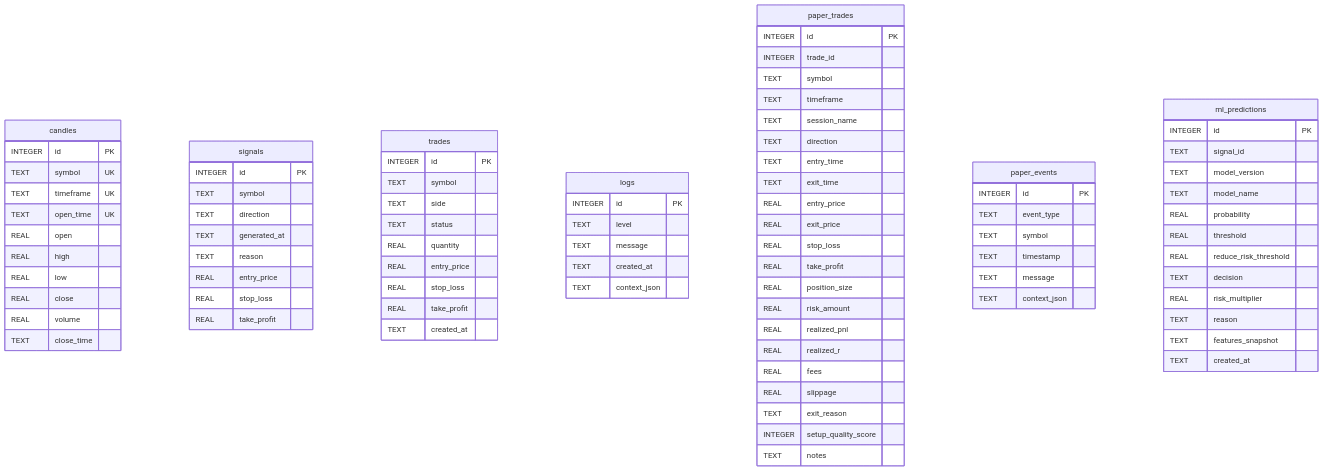
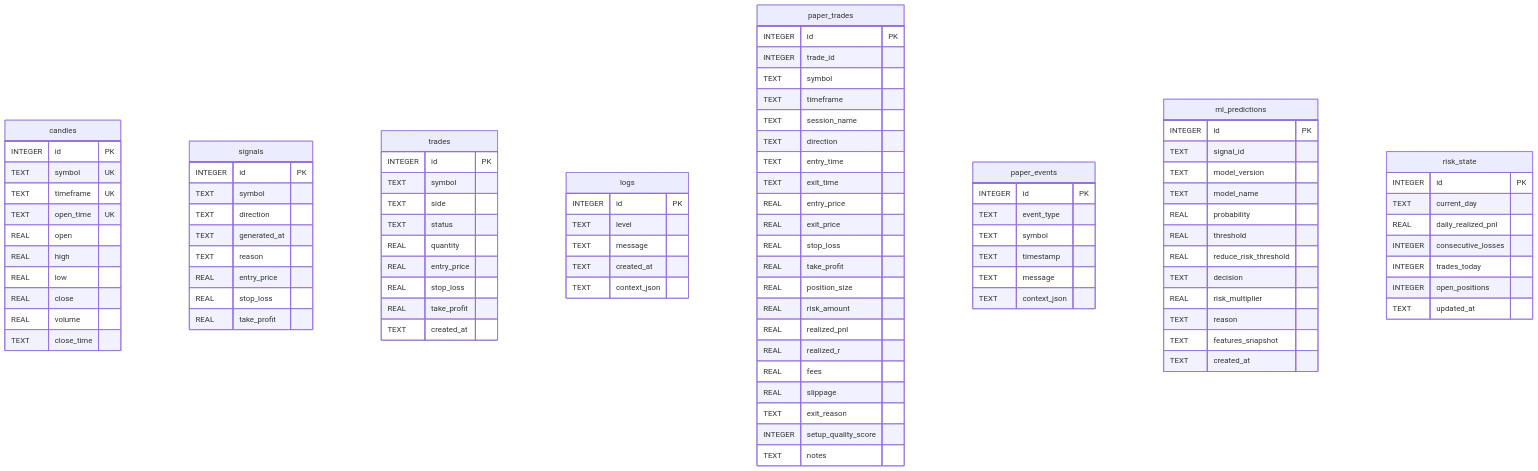
Before and after one commit to ceezey/SILVR: the second of 5 diagrams in docs/sdd-silverbot.md, drawn with Mermaid. The commit also changed other lines of this file and 27 other files, not shown here.

````diff
--- a/docs/sdd-silverbot.md
+++ b/docs/sdd-silverbot.md
@@ -282,4 +283,13 @@
         TEXT features_snapshot
         TEXT created_at
     }
+    risk_state {
+        INTEGER id PK
+        TEXT current_day
+        REAL daily_realized_pnl
+        INTEGER consecutive_losses
+        INTEGER trades_today
+        INTEGER open_positions
+        TEXT updated_at
+    }
 ```
````
